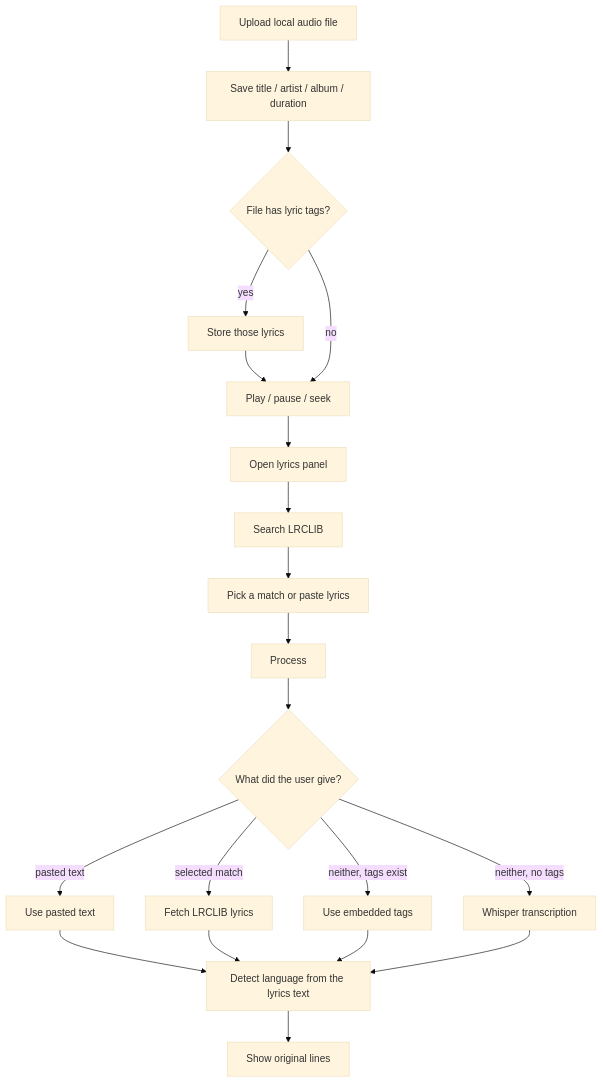
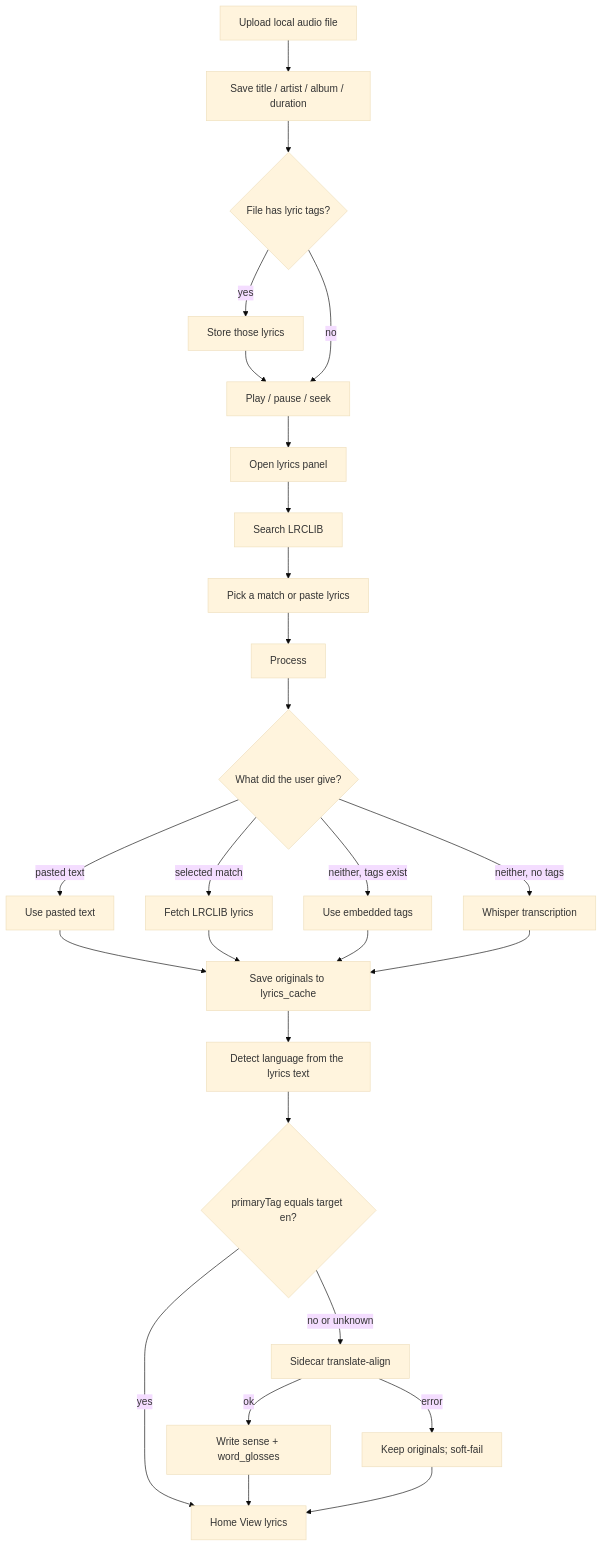
Before and after one commit to RickyuXen/Melodica: the first of 2 diagrams in flow.md, drawn with Mermaid (base theme). The commit also changed other lines of this file and 19 other files, not shown here.

````diff
--- a/flow.md
+++ b/flow.md
@@ -5,33 +5,42 @@
 ```mermaid
 flowchart TD
   upload[Upload local audio file]
   meta[Save title / artist / album / duration]
   embedded{File has lyric tags?}
   showTags[Store those lyrics]
   play[Play / pause / seek]
   panel[Open lyrics panel]
   search[Search LRCLIB]
   pick[Pick a match or paste lyrics]
   process[Process]
   source{What did the user give?}
   user[Use pasted text]
   lrclib[Fetch LRCLIB lyrics]
   tags[Use embedded tags]
   whisper[Whisper transcription]
+  saveOrig[Save originals to lyrics_cache]
   detect[Detect language from the lyrics text]
-  show[Show original lines]
+  skip{primaryTag equals target en?}
+  translate[Sidecar translate-align]
+  saveTx[Write sense + word_glosses]
+  softFail[Keep originals; soft-fail]
+  show[Home View lyrics]
 
   upload --> meta --> embedded
   embedded -->|yes| showTags --> play
   embedded -->|no| play
   play --> panel --> search --> pick --> process --> source
   source -->|pasted text| user
   source -->|selected match| lrclib
   source -->|neither, tags exist| tags
   source -->|neither, no tags| whisper
-  user --> detect
-  lrclib --> detect
-  tags --> detect
-  whisper --> detect
-  detect --> show
+  user --> saveOrig
+  lrclib --> saveOrig
+  tags --> saveOrig
+  whisper --> saveOrig
+  saveOrig --> detect --> skip
+  skip -->|yes| show
+  skip -->|no or unknown| translate
+  translate -->|ok| saveTx --> show
+  translate -->|error| softFail --> show
 ```
````
